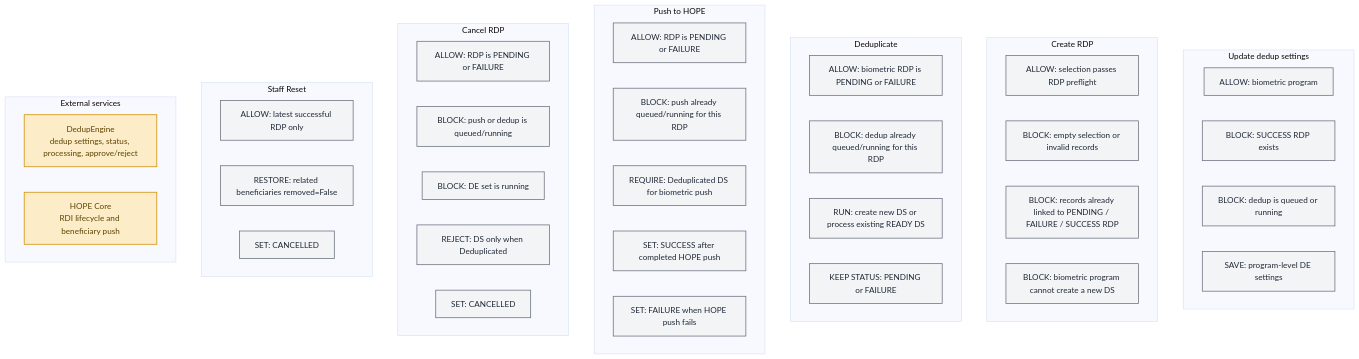
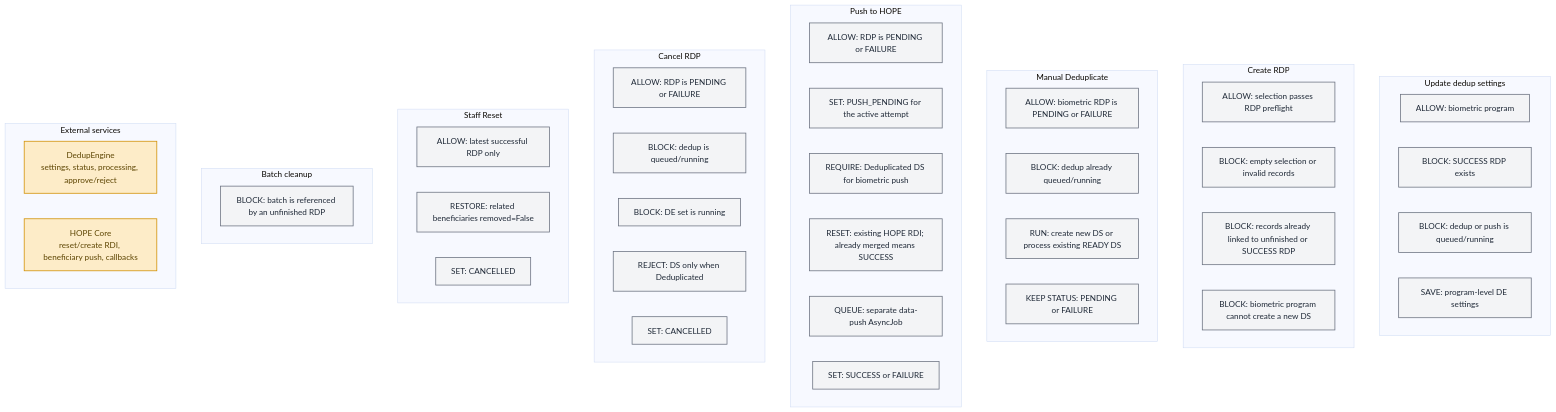
The third of 3 diagrams in docs/src/flows/rdp_lifecycle.md (unicef/hope-country-workspace), drawn with Mermaid (base theme) before and after one commit. The commit also changed other lines of this file and 103 other files, not shown here.

First line of the commit message:
Make RDI replacement during an RDP push asynchronous. (#440)

````diff
--- a/docs/src/flows/rdp_lifecycle.md
+++ b/docs/src/flows/rdp_lifecycle.md
@@ -133,56 +171,61 @@
 ```mermaid
 flowchart TB
     subgraph SETTINGS["Update dedup settings"]
         S1["ALLOW: biometric program"]
         S2["BLOCK: SUCCESS RDP exists"]
-        S3["BLOCK: dedup is queued or running"]
+        S3["BLOCK: dedup or push is queued/running"]
         S4["SAVE: program-level DE settings"]
     end
 
     subgraph CREATE["Create RDP"]
         C1["ALLOW: selection passes RDP preflight"]
         C2["BLOCK: empty selection or invalid records"]
-        C3["BLOCK: records already linked to PENDING / FAILURE / SUCCESS RDP"]
+        C3["BLOCK: records already linked to unfinished or SUCCESS RDP"]
         C4["BLOCK: biometric program cannot create a new DS"]
     end
 
-    subgraph DEDUP["Deduplicate"]
+    subgraph DEDUP["Manual Deduplicate"]
         D1["ALLOW: biometric RDP is PENDING or FAILURE"]
-        D2["BLOCK: dedup already queued/running for this RDP"]
+        D2["BLOCK: dedup already queued/running"]
         D3["RUN: create new DS or process existing READY DS"]
         D4["KEEP STATUS: PENDING or FAILURE"]
     end
 
     subgraph PUSH["Push to HOPE"]
         P1["ALLOW: RDP is PENDING or FAILURE"]
-        P2["BLOCK: push already queued/running for this RDP"]
+        P2["SET: PUSH_PENDING for the active attempt"]
         P3["REQUIRE: Deduplicated DS for biometric push"]
-        P4["SET: SUCCESS after completed HOPE push"]
-        P5["SET: FAILURE when HOPE push fails"]
+        P4["RESET: existing HOPE RDI; already merged means SUCCESS"]
+        P5["QUEUE: separate data-push AsyncJob"]
+        P6["SET: SUCCESS or FAILURE"]
     end
 
     subgraph CANCEL["Cancel RDP"]
         X1["ALLOW: RDP is PENDING or FAILURE"]
-        X2["BLOCK: push or dedup is queued/running"]
+        X2["BLOCK: dedup is queued/running"]
         X3["BLOCK: DE set is running"]
         X4["REJECT: DS only when Deduplicated"]
         X5["SET: CANCELLED"]
     end
 
     subgraph RESET["Staff Reset"]
         R1["ALLOW: latest successful RDP only"]
         R2["RESTORE: related beneficiaries removed=False"]
         R3["SET: CANCELLED"]
     end
 
+    subgraph CLEANUP["Batch cleanup"]
+        B1["BLOCK: batch is referenced by an unfinished RDP"]
+    end
+
     subgraph SERVICES["External services"]
-        DE_API["DedupEngine<br>dedup settings, status, processing, approve/reject"]
-        HOPE_API["HOPE Core<br>RDI lifecycle and beneficiary push"]
+        DE_API["DedupEngine<br>settings, status, processing, approve/reject"]
+        HOPE_API["HOPE Core<br>reset/create RDI, beneficiary push, callbacks"]
     end
 
     classDef rule fill:#F3F4F6,stroke:#6B7280,stroke-width:1.5px,color:#1F2937;
     classDef external fill:#FDECC8,stroke:#D18F00,stroke-width:1.5px,color:#5C4400;
 
-    class S1,S2,S3,S4,C1,C2,C3,C4,D1,D2,D3,D4,P1,P2,P3,P4,P5,X1,X2,X3,X4,X5,R1,R2,R3 rule;
+    class S1,S2,S3,S4,C1,C2,C3,C4,D1,D2,D3,D4,P1,P2,P3,P4,P5,P6,X1,X2,X3,X4,X5,R1,R2,R3,B1 rule;
     class DE_API,HOPE_API external;
 ```
````
